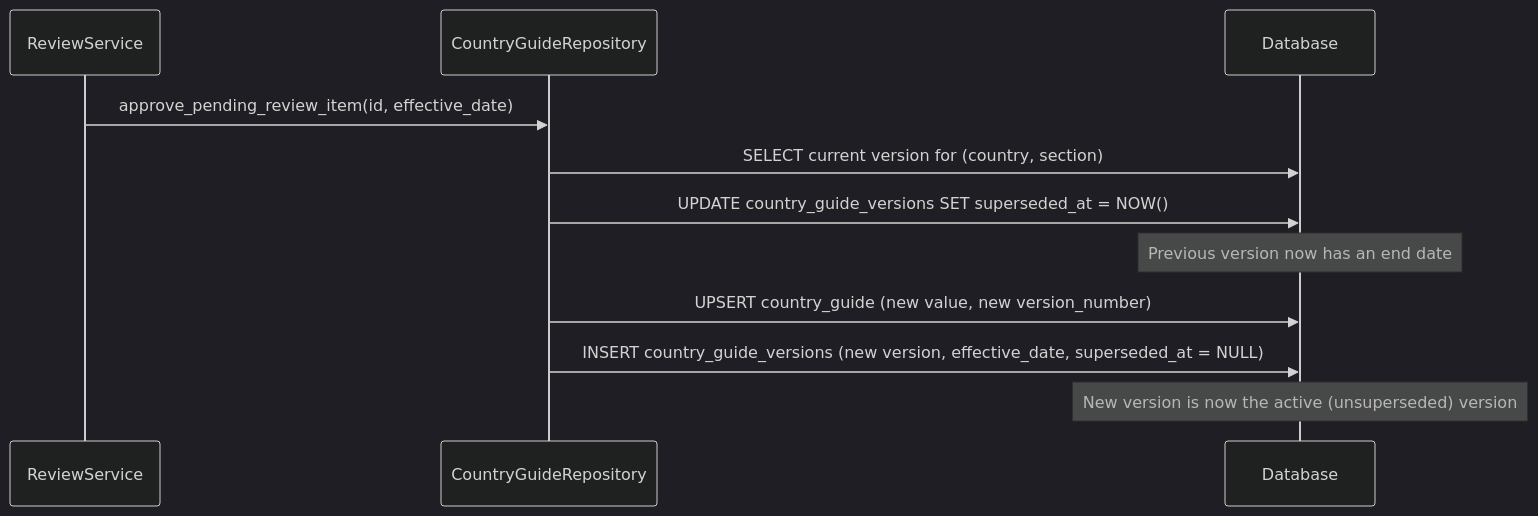
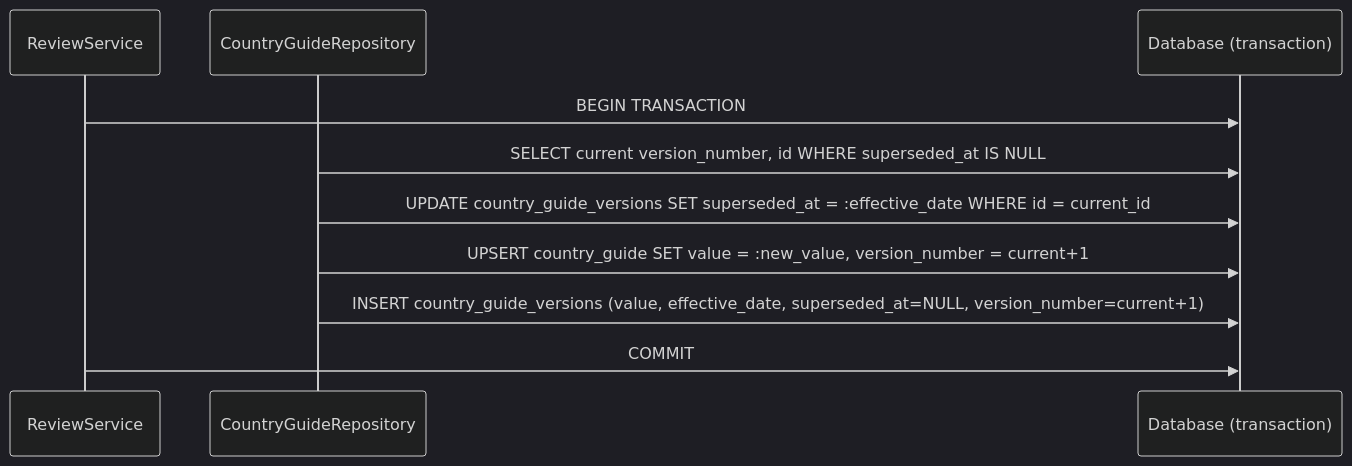
Before and after one commit to guptashivansh/country-guide-reconciliation: the diagram in docs/modules/temporal-versioning.md, drawn with Mermaid (dark theme). The commit also changed other lines of this file and 12 other files, not shown here.

````diff
--- a/docs/modules/temporal-versioning.md
+++ b/docs/modules/temporal-versioning.md
@@ -46,16 +84,13 @@
 ```mermaid
 sequenceDiagram
     participant RS as ReviewService
     participant CGR as CountryGuideRepository
-    participant DB as Database
+    participant DB as Database (transaction)
 
-    RS->>CGR: approve_pending_review_item(id, effective_date)
-
-    CGR->>DB: SELECT current version for (country, section)
-    CGR->>DB: UPDATE country_guide_versions SET superseded_at = NOW()
-    Note over DB: Previous version now has an end date
-
-    CGR->>DB: UPSERT country_guide (new value, new version_number)
-    CGR->>DB: INSERT country_guide_versions (new version, effective_date, superseded_at = NULL)
-    Note over DB: New version is now the active (unsuperseded) version
+    RS->>DB: BEGIN TRANSACTION
+    CGR->>DB: SELECT current version_number, id WHERE superseded_at IS NULL
+    CGR->>DB: UPDATE country_guide_versions SET superseded_at = :effective_date WHERE id = current_id
+    CGR->>DB: UPSERT country_guide SET value = :new_value, version_number = current+1
+    CGR->>DB: INSERT country_guide_versions (value, effective_date, superseded_at=NULL, version_number=current+1)
+    RS->>DB: COMMIT
 ```
````
